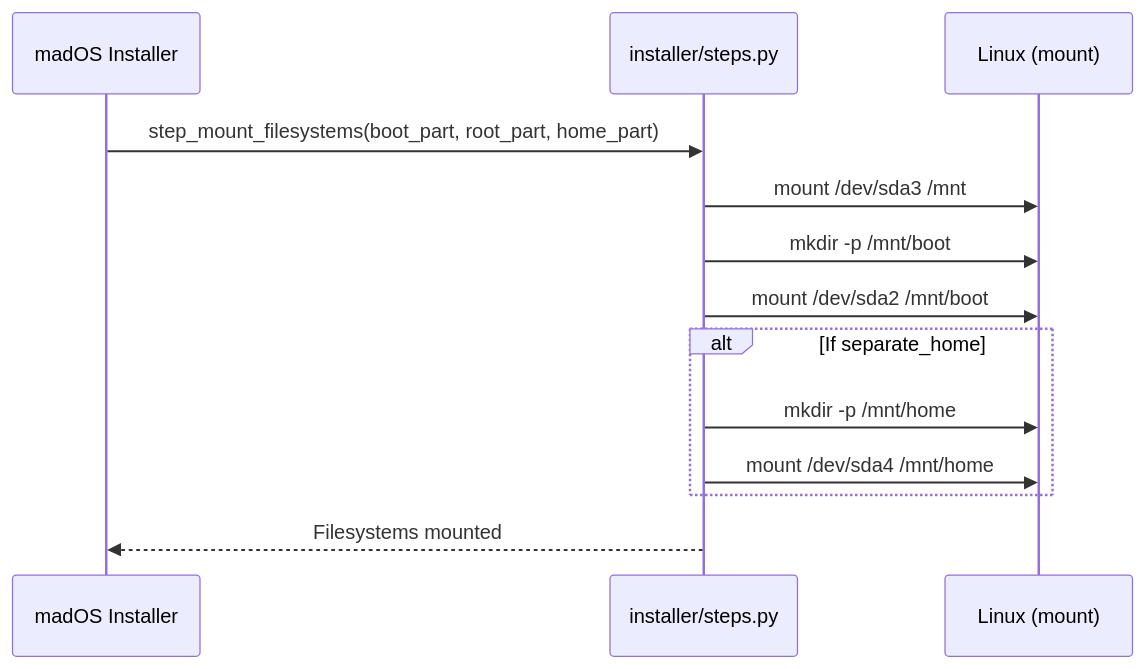
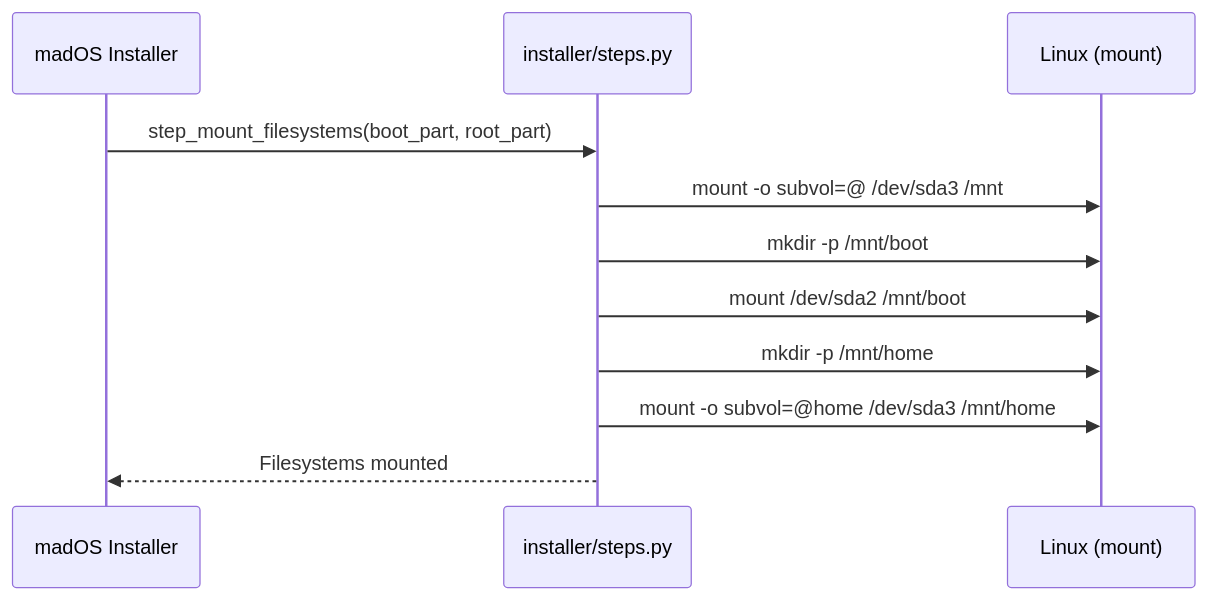
The fifth of 13 diagrams in INSTALLATION_FLOW.md (madoslinux/mados-installer), drawn with Mermaid before and after one commit. The commit also changed other lines of this file and 3 other files, not shown here.

````diff
--- a/INSTALLATION_FLOW.md
+++ b/INSTALLATION_FLOW.md
@@ -82,19 +109,16 @@
 ```mermaid
 sequenceDiagram
     participant App as madOS Installer
     participant Steps as installer/steps.py
     participant System as Linux (mount)
 
-    App->>Steps: step_mount_filesystems(boot_part, root_part, home_part)
+    App->>Steps: step_mount_filesystems(boot_part, root_part)
 
-    Steps->>System: mount /dev/sda3 /mnt
+    Steps->>System: mount -o subvol=@ /dev/sda3 /mnt
     Steps->>System: mkdir -p /mnt/boot
     Steps->>System: mount /dev/sda2 /mnt/boot
-
-    alt If separate_home
-        Steps->>System: mkdir -p /mnt/home
-        Steps->>System: mount /dev/sda4 /mnt/home
-    end
+    Steps->>System: mkdir -p /mnt/home
+    Steps->>System: mount -o subvol=@home /dev/sda3 /mnt/home
 
     Steps-->>App: Filesystems mounted
 ```
````
